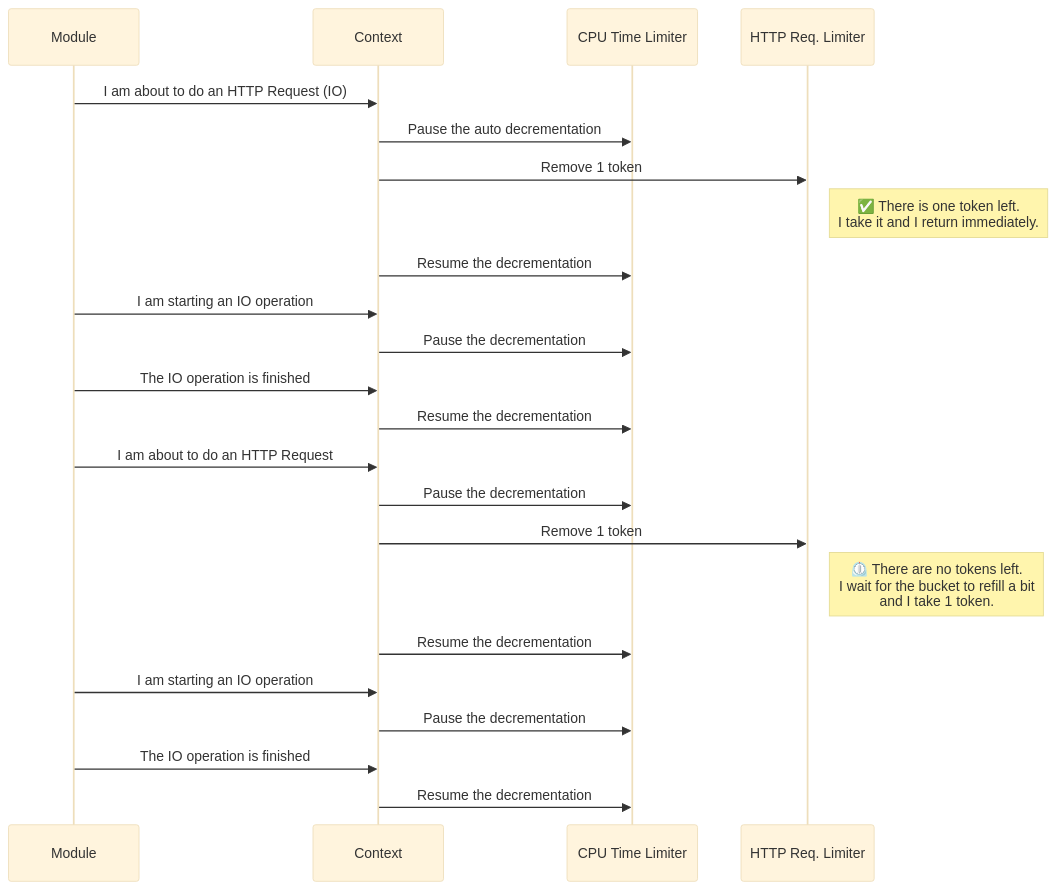
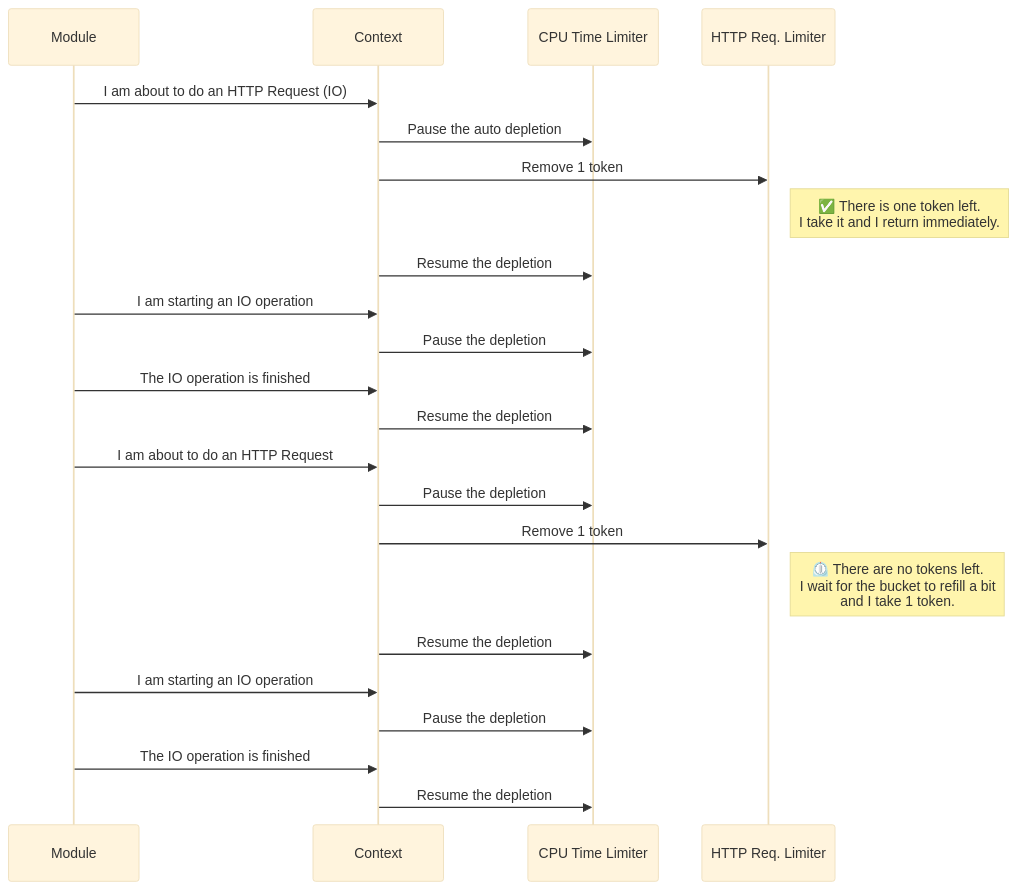
One commit to inoxlang/inox changed the third of 7 diagrams in internal/core/README.md. Above: the diagram before and after it, drawn with Mermaid (base theme). The commit also changed other lines of this file and 24 other files, not shown here.

````diff
--- a/internal/core/README.md
+++ b/internal/core/README.md
@@ -216,26 +216,26 @@
 ```mermaid
 sequenceDiagram
     Module->>Context: I am about to do an HTTP Request (IO)
-    Context->>CPU Time Limiter: Pause the auto decrementation
+    Context->>CPU Time Limiter: Pause the auto depletion
     Context->>HTTP Req. Limiter: Remove 1 token
     Note right of HTTP Req. Limiter: ✅ There is one token left.<br/>I take it and I return immediately.
-    Context->>CPU Time Limiter: Resume the decrementation
+    Context->>CPU Time Limiter: Resume the depletion
 
     Module->>Context: I am starting an IO operation
-    Context->>CPU Time Limiter: Pause the decrementation
+    Context->>CPU Time Limiter: Pause the depletion
 
     Module->>Context: The IO operation is finished
-    Context->>CPU Time Limiter: Resume the decrementation
+    Context->>CPU Time Limiter: Resume the depletion
 
     Module->>Context: I am about to do an HTTP Request
-    Context->>CPU Time Limiter: Pause the decrementation
+    Context->>CPU Time Limiter: Pause the depletion
     Context->>HTTP Req. Limiter: Remove 1 token
     Note right of HTTP Req. Limiter: ⏲️ There are no tokens left.<br/>I wait for the bucket to refill a bit<br/>and I take 1 token.
-    Context->>CPU Time Limiter: Resume the decrementation
+    Context->>CPU Time Limiter: Resume the depletion
 
     Module->>Context: I am starting an IO operation
-    Context->>CPU Time Limiter: Pause the decrementation
+    Context->>CPU Time Limiter: Pause the depletion
 
     Module->>Context: The IO operation is finished
-    Context->>CPU Time Limiter: Resume the decrementation
+    Context->>CPU Time Limiter: Resume the depletion
 ```
````
